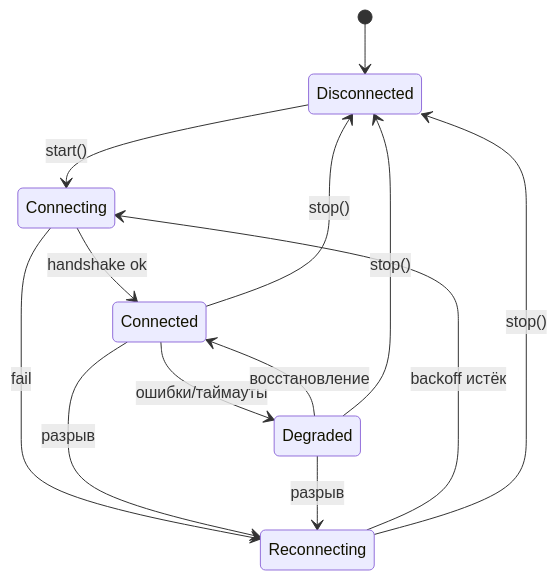
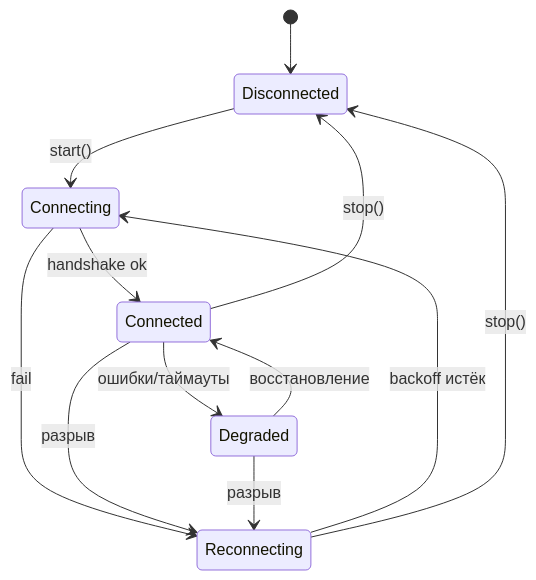
Before and after one commit to Flexlug/LoRa-Bridge: the ninth of 10 diagrams in docs/ARCHITECTURE.md, drawn with Mermaid. The commit also changed other lines of this file, not shown here.

First line of the commit message:
docs: pivot to client-server commit-log architecture

````diff
--- a/docs/ARCHITECTURE.md
+++ b/docs/ARCHITECTURE.md
@@ -532,15 +521,14 @@
 ```mermaid
 stateDiagram-v2
     [*] --> Disconnected
     Disconnected --> Connecting: start()
     Connecting --> Connected: handshake ok
     Connecting --> Reconnecting: fail
     Connected --> Degraded: ошибки/таймауты
     Degraded --> Connected: восстановление
     Connected --> Reconnecting: разрыв
     Degraded --> Reconnecting: разрыв
     Reconnecting --> Connecting: backoff истёк
     Connected --> Disconnected: stop()
     Reconnecting --> Disconnected: stop()
-    Degraded --> Disconnected: stop()
 ```
````
